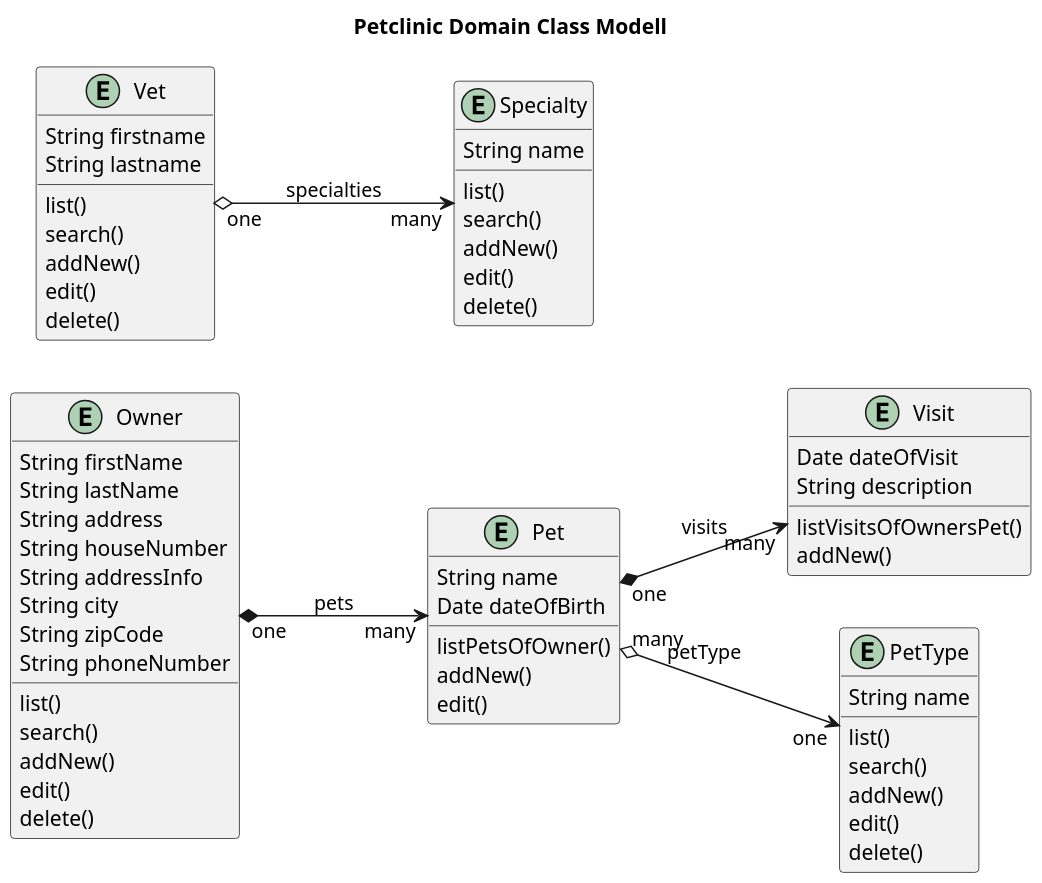
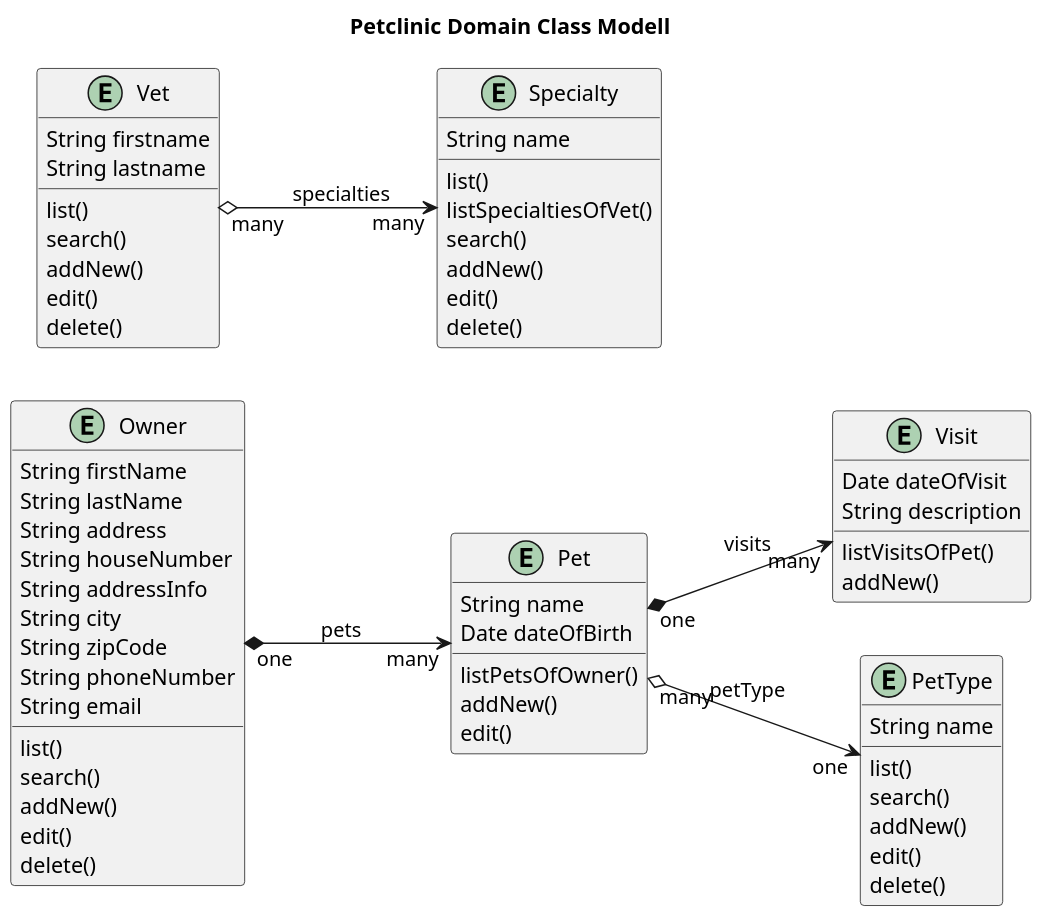
Before and after one commit to Jakarta-EE-Petclinic/petclinic-uml: the diagram in puml/Petclinic__Domain_Class_Modell.puml, drawn with PlantUML. The commit also changed 2 other files, not shown here.

```diff
--- a/puml/Petclinic__Domain_Class_Modell.puml
+++ b/puml/Petclinic__Domain_Class_Modell.puml
@@ -1,75 +1,78 @@
 @startuml
 
 
 title Petclinic Domain Class Modell
 'https://plantuml.com/class-diagram
 
 left to right direction
 'top to bottom direction
 
 scale 1000 width
 
 entity Owner {
  String firstName
  String lastName
  String address
  String houseNumber
  String addressInfo
  String city
  String zipCode
  String phoneNumber
+ String email
  list()
  search()
  addNew()
  edit()
  delete()
 }
 
 entity Pet {
     String name
     Date dateOfBirth
     listPetsOfOwner()
     addNew()
     edit()
 }
 
 entity Visit {
     Date dateOfVisit
     String description
-    listVisitsOfOwnersPet()
+    listVisitsOfPet()
     addNew()
+}
+
+entity PetType {
+    String name
+    list()
+    search()
+    addNew()
+    edit()
+    delete()
 }
 
 entity Vet {
     String firstname
     String lastname
     list()
     search()
     addNew()
     edit()
     delete()
 }
 
-entity PetType {
-    String name
-    list()
-    search()
-    addNew()
-    edit()
-    delete()
-}
 
 entity Specialty {
     String name
     list()
+    listSpecialtiesOfVet()
     search()
     addNew()
     edit()
     delete()
 }
 
 Owner "one"  *--> "many"  Pet: pets
 Pet "one" *--> "many" Visit: visits
 Pet "many"  o-->  "one" PetType: petType
-Vet "one" o--> "many" Specialty: specialties
+Vet "many" o--> "many" Specialty: specialties
 @enduml
```
